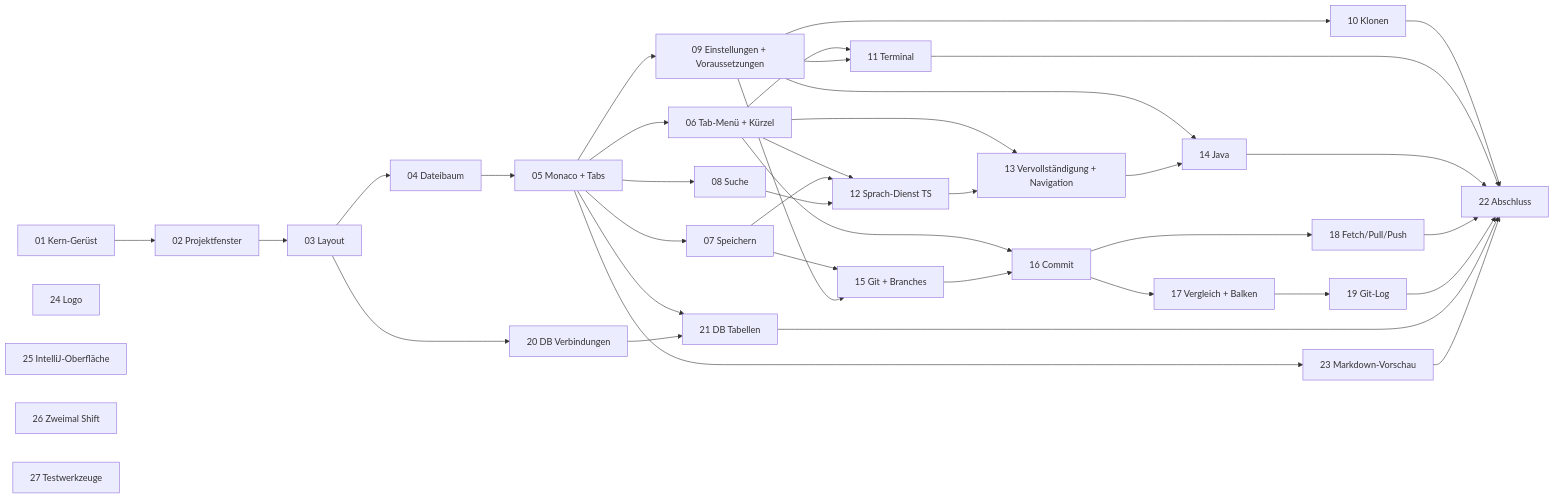
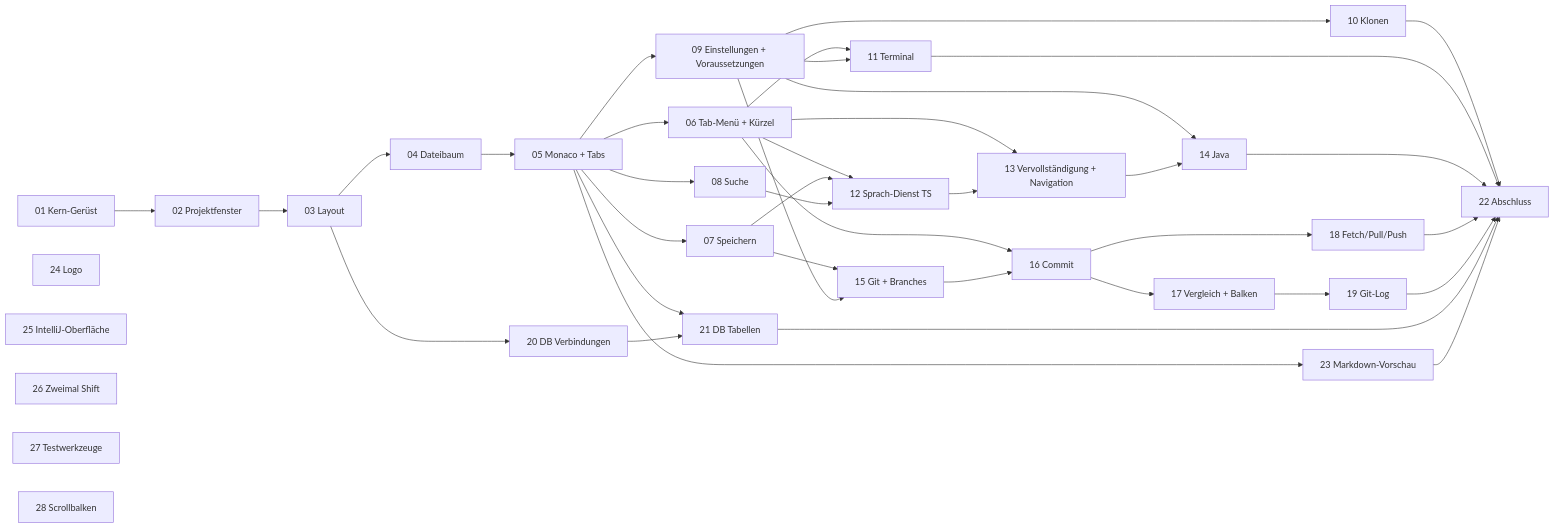
One commit to BonomoAlessandro/codium changed the diagram in docs/tickets/README.md. Above: the diagram before and after it, drawn with Mermaid. The commit also changed other lines of this file and 1 other file, not shown here.

First line of the commit message:
Ticket 28: Scrollbalken im Code-Bereich wie in IntelliJ

````diff
--- a/docs/tickets/README.md
+++ b/docs/tickets/README.md
@@ -102,43 +103,44 @@
 ```mermaid
 flowchart LR
   T01[01 Kern-Gerüst] --> T02[02 Projektfenster]
   T02 --> T03[03 Layout]
   T03 --> T04[04 Dateibaum]
   T04 --> T05[05 Monaco + Tabs]
   T05 --> T06[06 Tab-Menü + Kürzel]
   T05 --> T07[07 Speichern]
   T05 --> T08[08 Suche]
   T05 --> T09[09 Einstellungen + Voraussetzungen]
   T09 --> T10[10 Klonen]
   T06 --> T11[11 Terminal]
   T09 --> T11
   T06 --> T12[12 Sprach-Dienst TS]
   T07 --> T12
   T08 --> T12
   T06 --> T13[13 Vervollständigung + Navigation]
   T12 --> T13
   T09 --> T14[14 Java]
   T13 --> T14
   T07 --> T15[15 Git + Branches]
   T09 --> T15
   T06 --> T16[16 Commit]
   T15 --> T16
   T16 --> T17[17 Vergleich + Balken]
   T16 --> T18[18 Fetch/Pull/Push]
   T17 --> T19[19 Git-Log]
   T03 --> T20[20 DB Verbindungen]
   T05 --> T21[21 DB Tabellen]
   T20 --> T21
   T10 --> T22[22 Abschluss]
   T11 --> T22
   T14 --> T22
   T18 --> T22
   T19 --> T22
   T21 --> T22
   T05 --> T23[23 Markdown-Vorschau]
   T23 --> T22
   T24[24 Logo]
   T25[25 IntelliJ-Oberfläche]
   T26[26 Zweimal Shift]
   T27[27 Testwerkzeuge]
+  T28[28 Scrollbalken]
 ```
````
